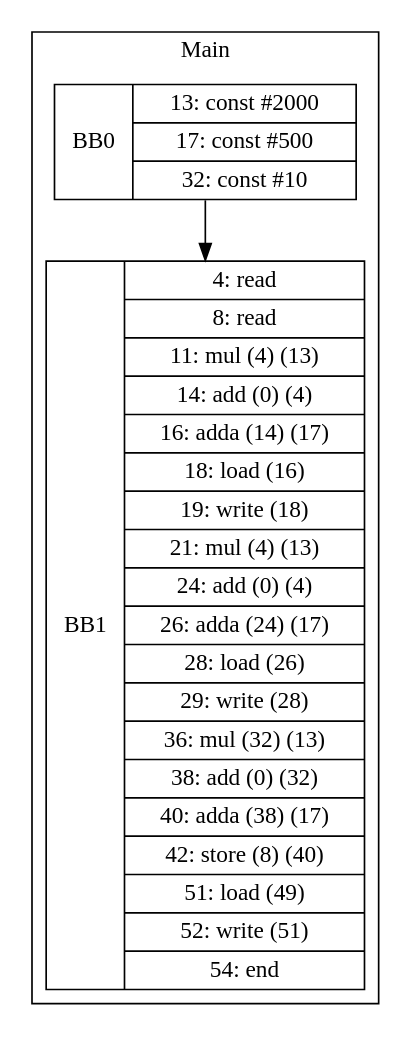
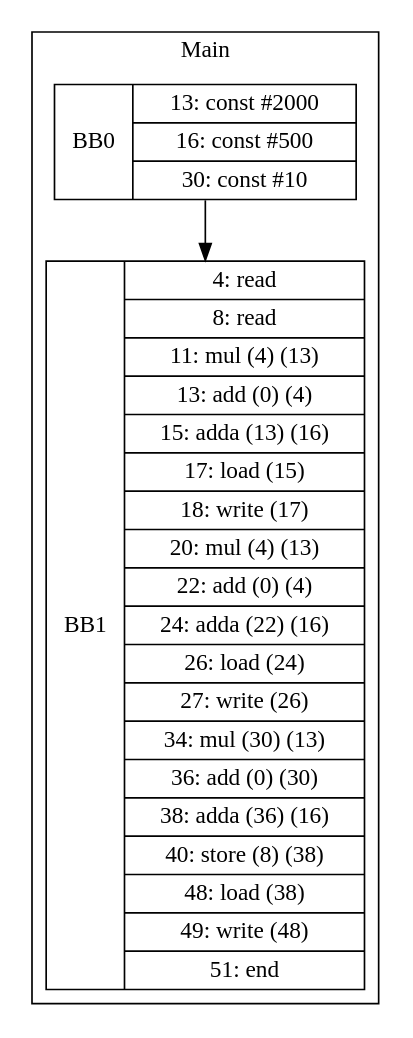
The diagram in visualization/cbelem/array/array_with_cse_in_index.gv (zjc664656505/UCI-CS241-Advanced-Compiler-main), drawn with Graphviz before and after one commit. The commit also changed 40 other files, not shown here.

```diff
--- a/visualization/cbelem/array/array_with_cse_in_index.gv
+++ b/visualization/cbelem/array/array_with_cse_in_index.gv
@@ -1,9 +1,9 @@
 digraph G {
 node [shape=record];
 subgraph cluster_main{
 label = "Main";
-BB0 [shape=record, label="<b>BB0|{13: const #2000|17: const #500|32: const #10}"];
-BB1 [shape=record, label="<b>BB1|{4: read|8: read|11: mul (4) (13)|14: add (0) (4)|16: adda (14) (17)|18: load (16)|19: write (18)|21: mul (4) (13)|24: add (0) (4)|26: adda (24) (17)|28: load (26)|29: write (28)|36: mul (32) (13)|38: add (0) (32)|40: adda (38) (17)|42: store (8) (40)|51: load (49)|52: write (51)|54: end}"];
+BB0 [shape=record, label="<b>BB0|{13: const #2000|16: const #500|30: const #10}"];
+BB1 [shape=record, label="<b>BB1|{4: read|8: read|11: mul (4) (13)|13: add (0) (4)|15: adda (13) (16)|17: load (15)|18: write (17)|20: mul (4) (13)|22: add (0) (4)|24: adda (22) (16)|26: load (24)|27: write (26)|34: mul (30) (13)|36: add (0) (30)|38: adda (36) (16)|40: store (8) (38)|48: load (38)|49: write (48)|51: end}"];
 }
 BB0:s -> BB1:n ;
 }
```
